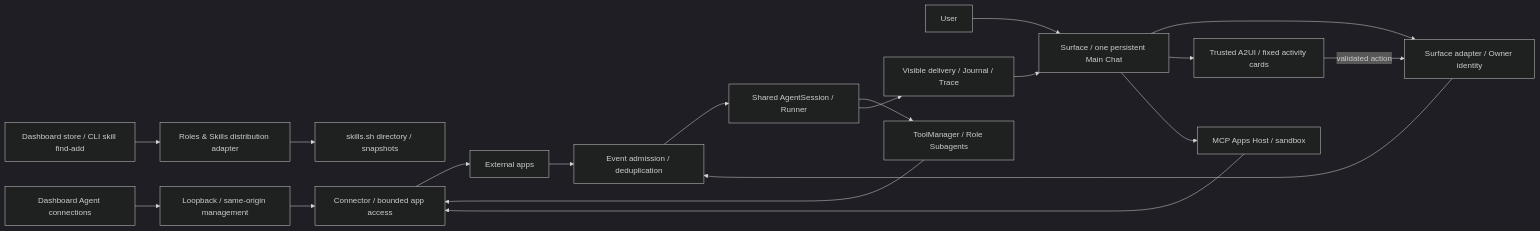
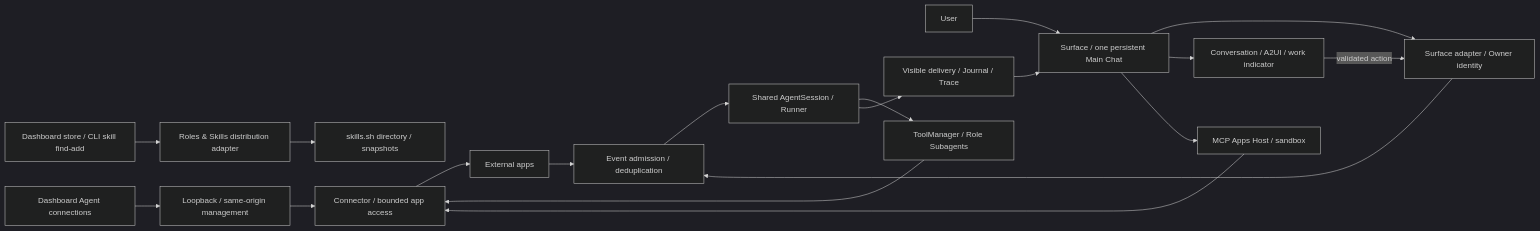
Before and after one commit to fightheyyy/XIAOBA: the second of 2 diagrams in docs/surface/SPEC.md, drawn with Mermaid (dark theme). The commit also changed other lines of this file and 46 other files, not shown here.

````diff
--- a/docs/surface/SPEC.md
+++ b/docs/surface/SPEC.md
@@ -93,21 +106,21 @@
 ```mermaid
 flowchart LR
     SkillStore["Dashboard store / CLI skill find-add"] --> Distribution["Roles & Skills distribution adapter"]
     Distribution --> SkillsSh["skills.sh directory / snapshots"]
     ConnectorPage["Dashboard Agent connections"] --> LocalAdmin["Loopback / same-origin management"]
     LocalAdmin --> Connector
     User["User"] --> Surface["Surface / one persistent Main Chat"]
     Surface --> Policy["Surface adapter / Owner identity"]
     Policy --> Event["Event admission / deduplication"]
     Event --> Runtime["Shared AgentSession / Runner"]
     Runtime --> Tools["ToolManager / Role Subagents"]
     Tools --> Connector["Connector / bounded app access"]
     Connector --> Apps["External apps"]
     Apps --> Event
     Runtime --> Delivery["Visible delivery / Journal / Trace"]
     Delivery --> Surface
-    Surface --> UI["Trusted A2UI / fixed activity cards"]
+    Surface --> UI["Conversation / A2UI / work indicator"]
     UI -->|validated action| Policy
     Surface --> Host["MCP Apps Host / sandbox"]
     Host --> Connector
 ```
````
